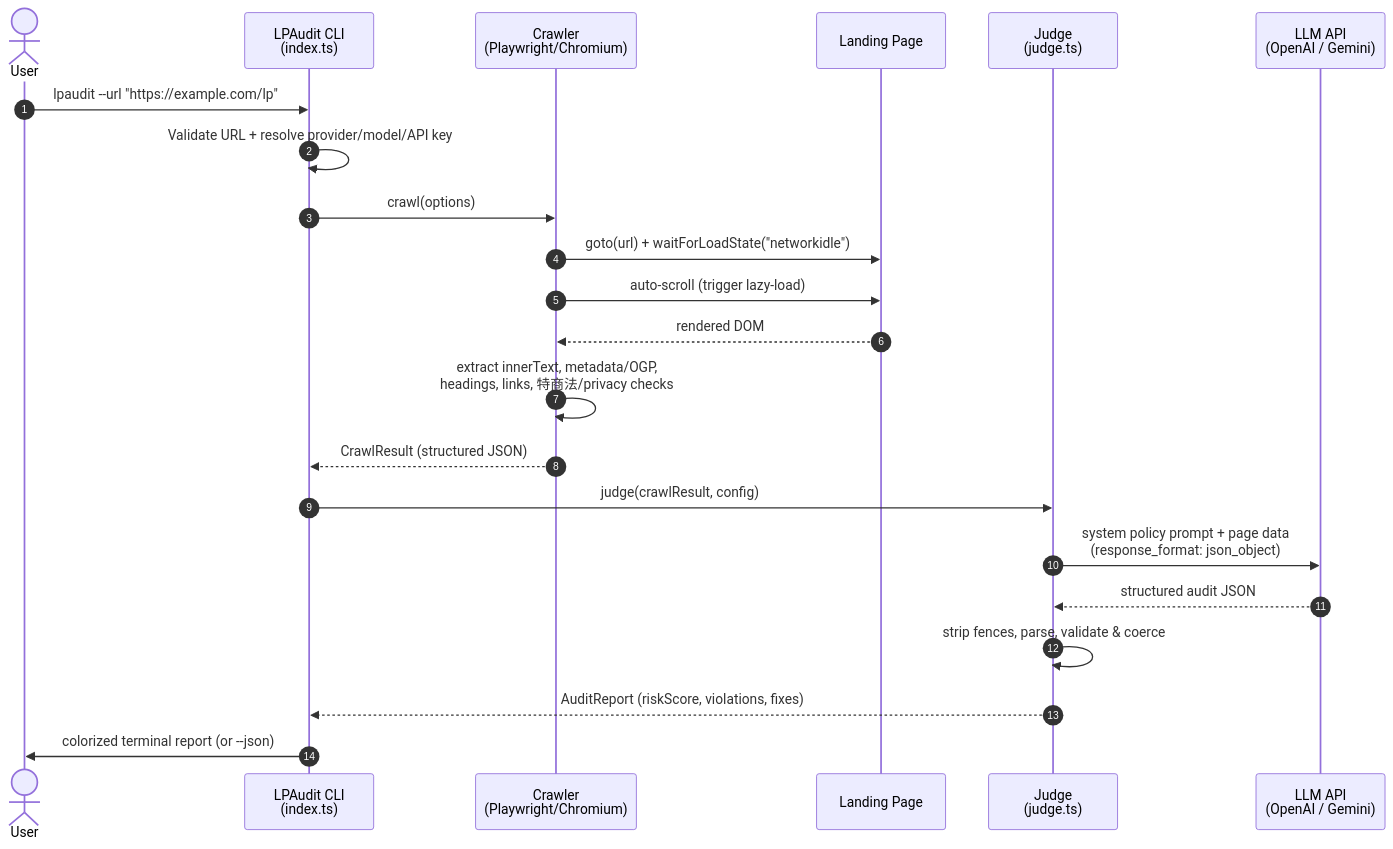
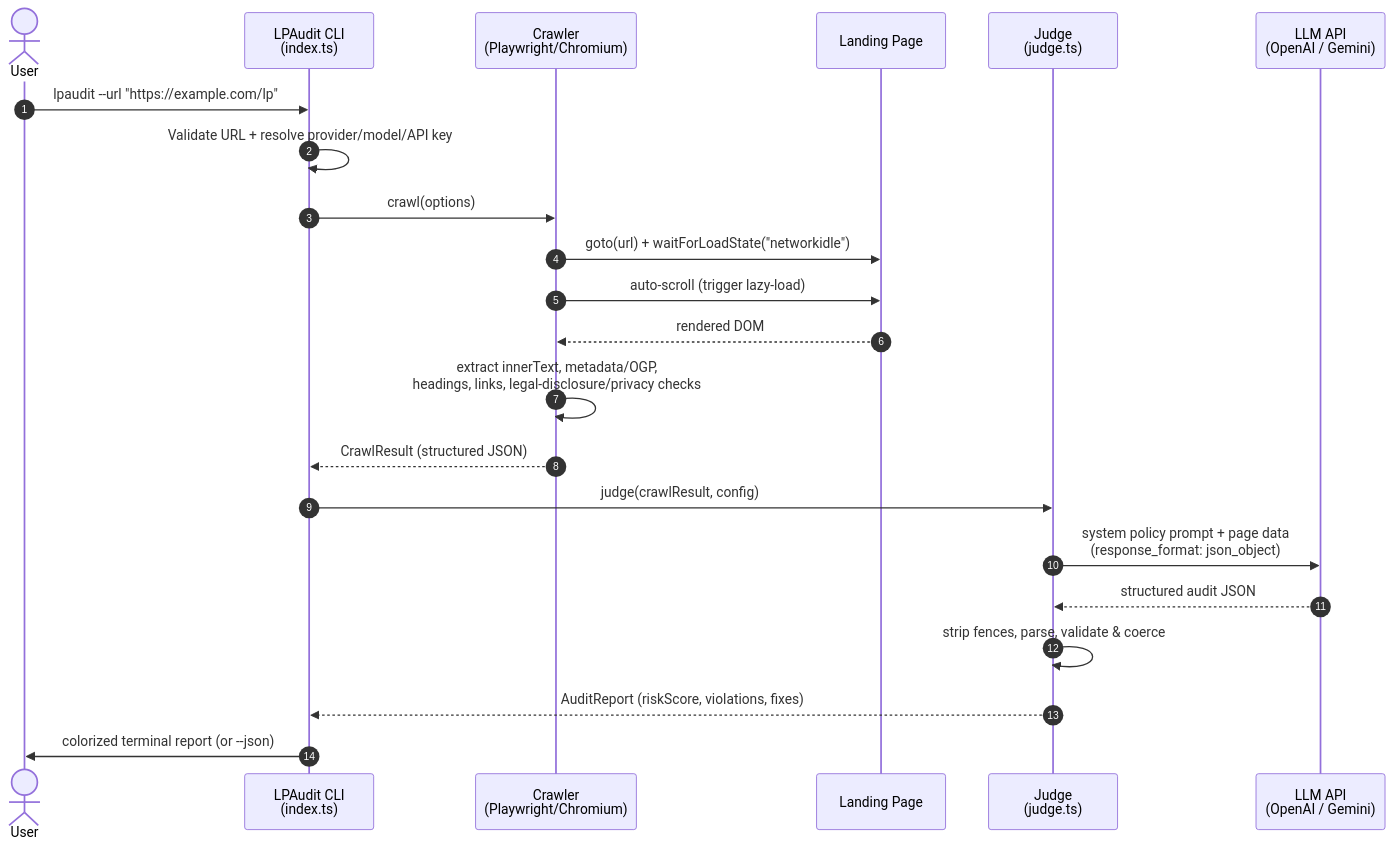
One commit to NagaYu/lpaudit changed the diagram in README.md. Above: the diagram before and after it, drawn with Mermaid. The commit also changed other lines of this file and 3 other files, not shown here.

````diff
--- a/README.md
+++ b/README.md
@@ -111,25 +111,25 @@
 ```mermaid
 sequenceDiagram
     autonumber
     actor User
     participant CLI as LPAudit CLI<br/>(index.ts)
     participant Crawler as Crawler<br/>(Playwright/Chromium)
     participant LP as Landing Page
     participant Judge as Judge<br/>(judge.ts)
     participant LLM as LLM API<br/>(OpenAI / Gemini)
 
     User->>CLI: lpaudit --url "https://example.com/lp"
     CLI->>CLI: Validate URL + resolve provider/model/API key
     CLI->>Crawler: crawl(options)
     Crawler->>LP: goto(url) + waitForLoadState("networkidle")
     Crawler->>LP: auto-scroll (trigger lazy-load)
     LP-->>Crawler: rendered DOM
-    Crawler->>Crawler: extract innerText, metadata/OGP,<br/>headings, links, 特商法/privacy checks
+    Crawler->>Crawler: extract innerText, metadata/OGP,<br/>headings, links, legal-disclosure/privacy checks
     Crawler-->>CLI: CrawlResult (structured JSON)
     CLI->>Judge: judge(crawlResult, config)
     Judge->>LLM: system policy prompt + page data<br/>(response_format: json_object)
     LLM-->>Judge: structured audit JSON
     Judge->>Judge: strip fences, parse, validate & coerce
     Judge-->>CLI: AuditReport (riskScore, violations, fixes)
     CLI->>User: colorized terminal report (or --json)
 ```
````
